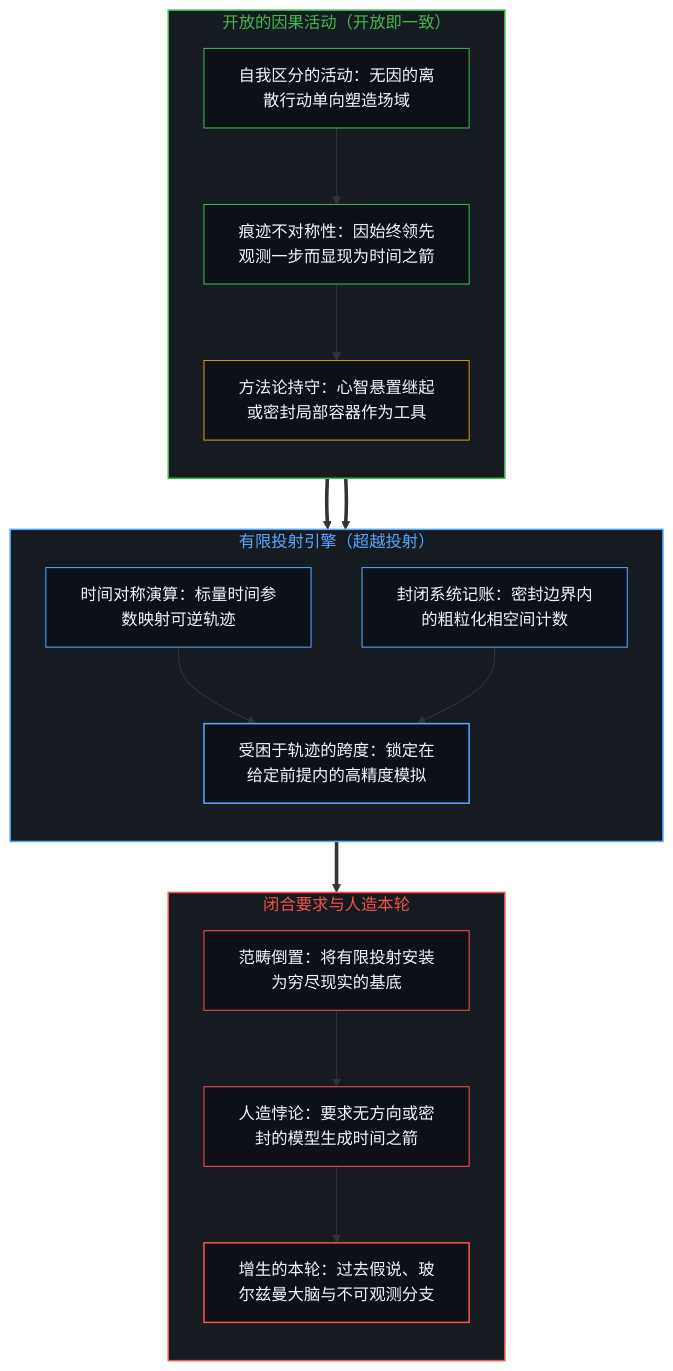
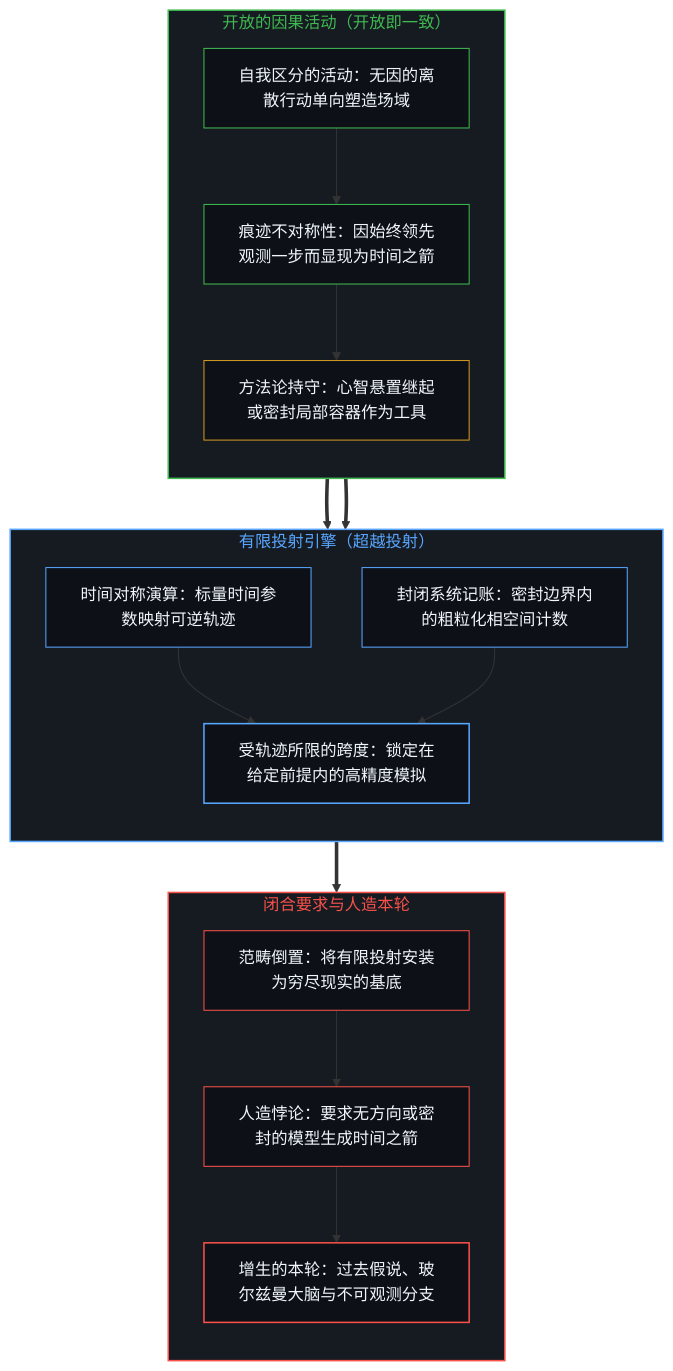
The first of 2 diagrams in content/posts/the-mirage-of-times-arrow-and-the-boundaries-of-simulation.md (powerpig99/not-a-toe), drawn with Mermaid before and after one commit. The commit also changed other lines of this file and 3 other files, not shown here.

````diff
--- a/content/posts/the-mirage-of-times-arrow-and-the-boundaries-of-simulation.md
+++ b/content/posts/the-mirage-of-times-arrow-and-the-boundaries-of-simulation.md
@@ -27,40 +27,40 @@
 ```mermaid
 flowchart TD
     subgraph S_OpenEdge ["开放的因果活动（开放即一致）"]
         direction TB
         O_Act["自我区分的活动：无因的离散行动单向塑造场域"]
         O_Asym["痕迹不对称性：因始终领先观测一步而显现为时间之箭"]
         O_Hold["方法论持守：心智悬置继起或密封局部容器作为工具"]
         O_Act --> O_Asym --> O_Hold
     end
     subgraph S_Projection ["有限投射引擎（超越投射）"]
         direction TB
         P_Sym["时间对称演算：标量时间参数映射可逆轨迹"]
         P_Box["封闭系统记账：密封边界内的粗粒化相空间计数"]
-        P_Limit["受困于轨迹的跨度：锁定在给定前提内的高精度模拟"]
+        P_Limit["受轨迹所限的跨度：锁定在给定前提内的高精度模拟"]
         P_Sym --> P_Limit
         P_Box --> P_Limit
     end
     subgraph S_Inversion ["闭合要求与人造本轮"]
         direction TB
         I_Reify["范畴倒置：将有限投射安装为穷尽现实的基底"]
         I_Paradox["人造悖论：要求无方向或密封的模型生成时间之箭"]
         I_Patch["增生的本轮：过去假说、玻尔兹曼大脑与不可观测分支"]
         I_Reify --> I_Paradox --> I_Patch
     end
     O_Hold ==> P_Sym
     O_Hold ==> P_Box
     P_Limit ==> I_Reify
     style S_OpenEdge fill:#161b22,stroke:#3fb950,stroke-width:1.5px,color:#3fb950
     style S_Projection fill:#161b22,stroke:#58a6ff,stroke-width:1.5px,color:#58a6ff
     style S_Inversion fill:#161b22,stroke:#f85149,stroke-width:1.5px,color:#f85149
     style O_Act fill:#0d1117,stroke:#3fb950,stroke-width:1px,color:#f0f6fc
     style O_Asym fill:#0d1117,stroke:#3fb950,stroke-width:1px,color:#f0f6fc
     style O_Hold fill:#0d1117,stroke:#d29922,stroke-width:1px,color:#f0f6fc
     style P_Sym fill:#0d1117,stroke:#58a6ff,stroke-width:1px,color:#f0f6fc
     style P_Box fill:#0d1117,stroke:#58a6ff,stroke-width:1px,color:#f0f6fc
     style P_Limit fill:#0d1117,stroke:#58a6ff,stroke-width:1.5px,color:#f0f6fc
     style I_Reify fill:#0d1117,stroke:#f85149,stroke-width:1px,color:#f0f6fc
     style I_Paradox fill:#0d1117,stroke:#f85149,stroke-width:1px,color:#f0f6fc
     style I_Patch fill:#0d1117,stroke:#f85149,stroke-width:1.5px,color:#f0f6fc
 ```
````
